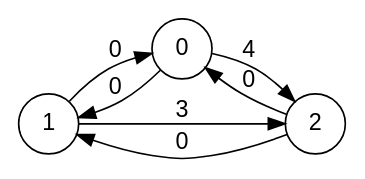
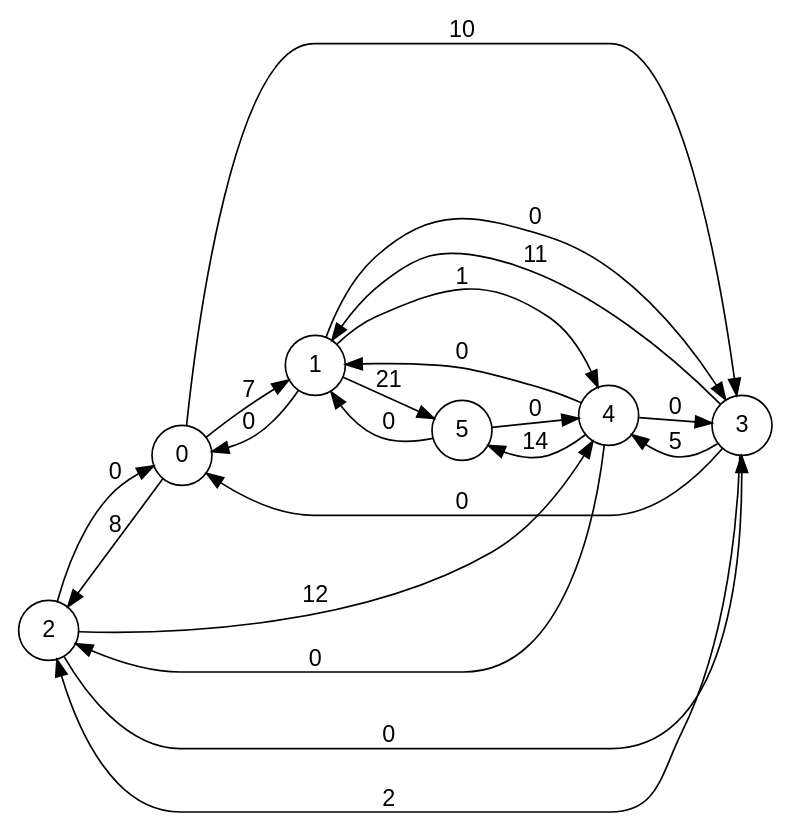
The diagram in outfile.dot (st4rhub/ProgFonct), drawn with Graphviz before and after one commit. The commit also changed 5 other files, not shown here.

```diff
--- a/outfile.dot
+++ b/outfile.dot
@@ -1,25 +1,53 @@
 digraph finite_state_machine { 
 
   fontname="Helvetica,Arial,sans-serif" 
 
   node [fontname="Helvetica,Arial,sans-serif"] 
 
   edge [fontname="Helvetica,Arial,sans-serif"] 
 
   rankdir=LR 
 ;
   node [shape = circle]; 
 
+ 2 -> 0 [label = "0"]
+
+ 2 -> 3 [label = "0"]
+
+ 2 -> 4 [label = "12"]
+
+ 3 -> 0 [label = "0"]
+
+ 3 -> 1 [label = "11"]
+
+ 3 -> 2 [label = "2"]
+
+ 3 -> 4 [label = "5"]
+
  1 -> 0 [label = "0"]
 
- 1 -> 2 [label = "3"]
+ 1 -> 3 [label = "0"]
 
- 2 -> 0 [label = "0"]
+ 1 -> 5 [label = "21"]
 
- 2 -> 1 [label = "0"]
+ 1 -> 4 [label = "1"]
 
- 0 -> 1 [label = "0"]
+ 4 -> 2 [label = "0"]
 
- 0 -> 2 [label = "4"]
+ 4 -> 3 [label = "0"]
+
+ 4 -> 1 [label = "0"]
+
+ 4 -> 5 [label = "14"]
+
+ 5 -> 1 [label = "0"]
+
+ 5 -> 4 [label = "0"]
+
+ 0 -> 1 [label = "7"]
+
+ 0 -> 3 [label = "10"]
+
+ 0 -> 2 [label = "8"]
 
 }
```
